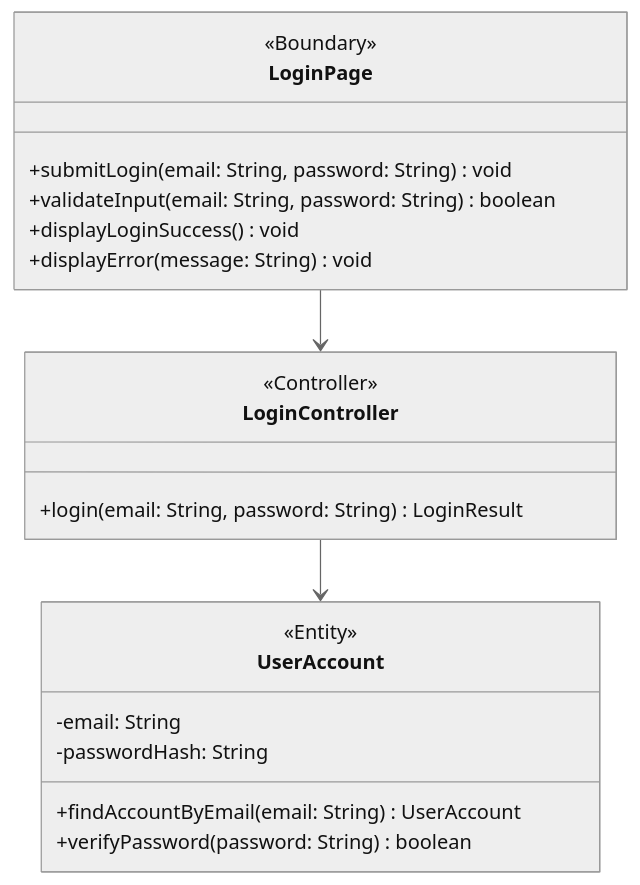
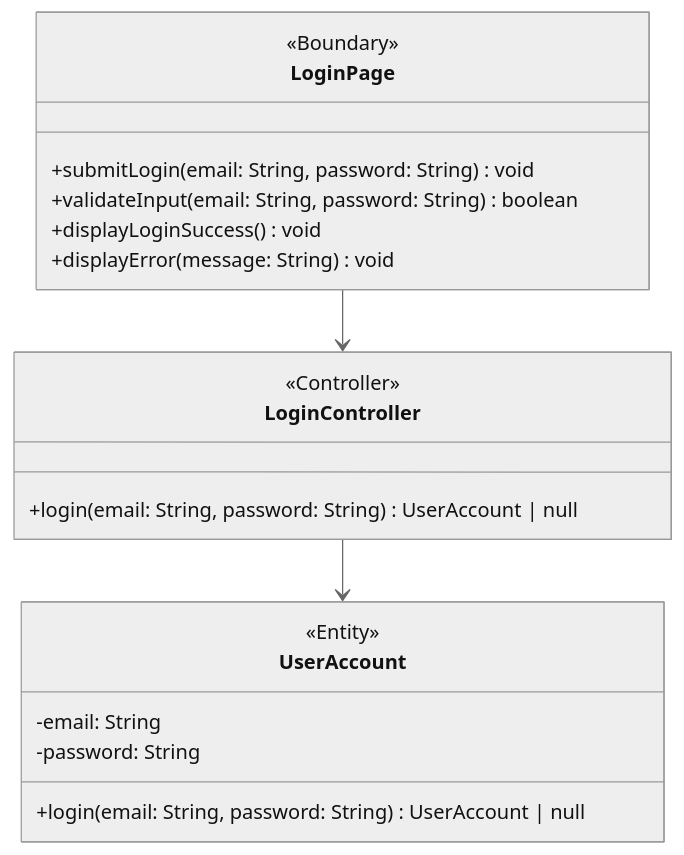
The diagram in docs/login/bce-diagram.md (JSL124/SDM-project), drawn with Mermaid (neutral theme) before and after one commit. The commit also changed other lines of this file and 86 other files, not shown here.

Commit message:
Simplified Version (Creating Profile/Account, Login/Logout)

````diff
--- a/docs/login/bce-diagram.md
+++ b/docs/login/bce-diagram.md
@@ -3,26 +3,25 @@
 ```mermaid
 classDiagram
     class LoginPage {
         <<Boundary>>
         +submitLogin(email: String, password: String) void
         +validateInput(email: String, password: String) boolean
         +displayLoginSuccess() void
         +displayError(message: String) void
     }
 
     class LoginController {
         <<Controller>>
-        +login(email: String, password: String) LoginResult
+        +login(email: String, password: String) UserAccount | null
     }
 
     class UserAccount {
         <<Entity>>
         -email: String
-        -passwordHash: String
-        +findAccountByEmail(email: String) UserAccount
-        +verifyPassword(password: String) boolean
+        -password: String
+        +login(email: String, password: String) UserAccount | null
     }
 
     LoginPage --> LoginController
     LoginController --> UserAccount
 ```
````
